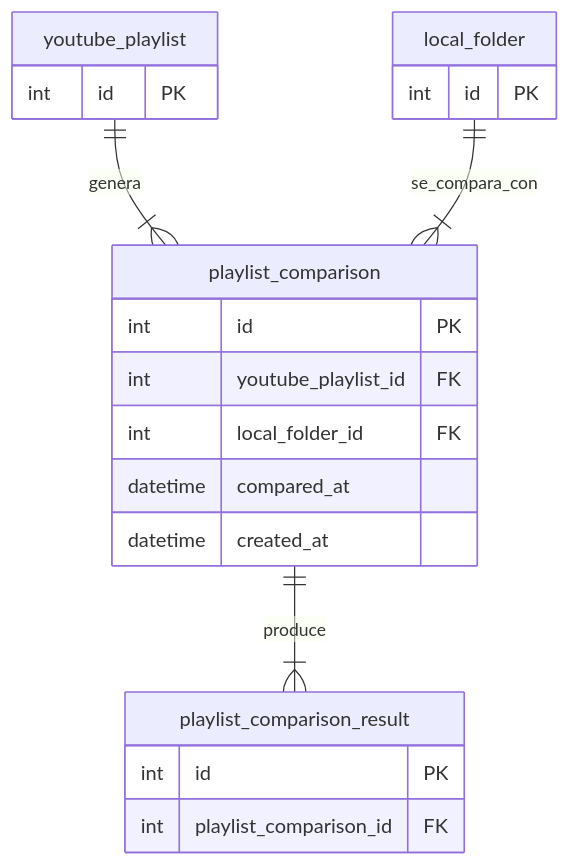
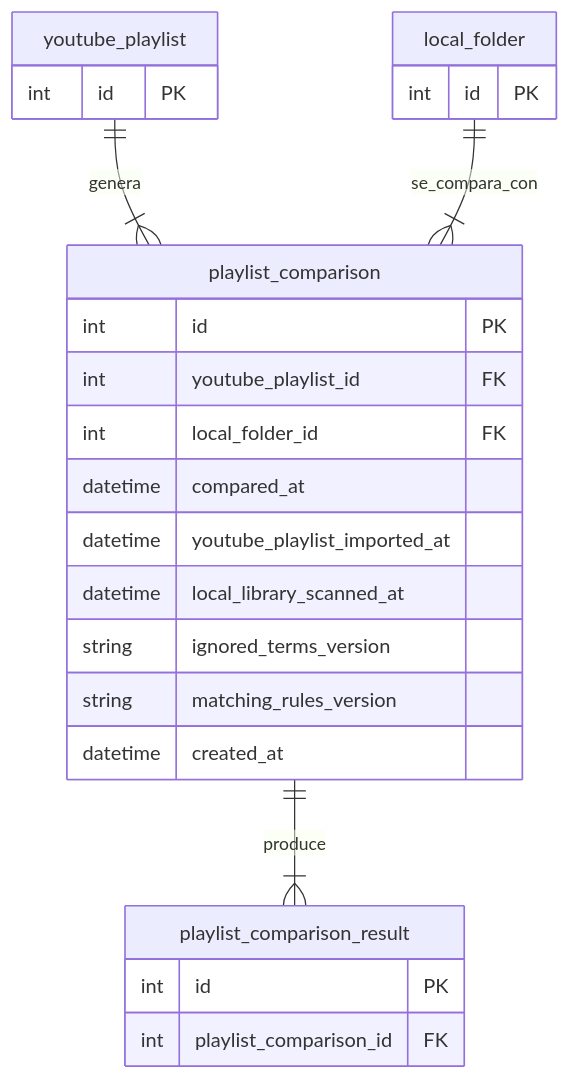
Before and after one commit to AngelRagel05/AppMusic: the diagram in doc/bbdd/tables/playlistComparison.md, drawn with Mermaid. The commit also changed other lines of this file and 13 other files, not shown here.

````diff
--- a/doc/bbdd/tables/playlistComparison.md
+++ b/doc/bbdd/tables/playlistComparison.md
@@ -31,27 +35,31 @@
 ```mermaid
 erDiagram
     playlist_comparison {
         int id PK
         int youtube_playlist_id FK
         int local_folder_id FK
         datetime compared_at
+        datetime youtube_playlist_imported_at
+        datetime local_library_scanned_at
+        string ignored_terms_version
+        string matching_rules_version
         datetime created_at
     }
 
     youtube_playlist {
         int id PK
     }
 
     local_folder {
         int id PK
     }
 
     playlist_comparison_result {
         int id PK
         int playlist_comparison_id FK
     }
 
     youtube_playlist ||--|{ playlist_comparison : genera
     local_folder ||--|{ playlist_comparison : se_compara_con
     playlist_comparison ||--|{ playlist_comparison_result : produce
 ```
````
